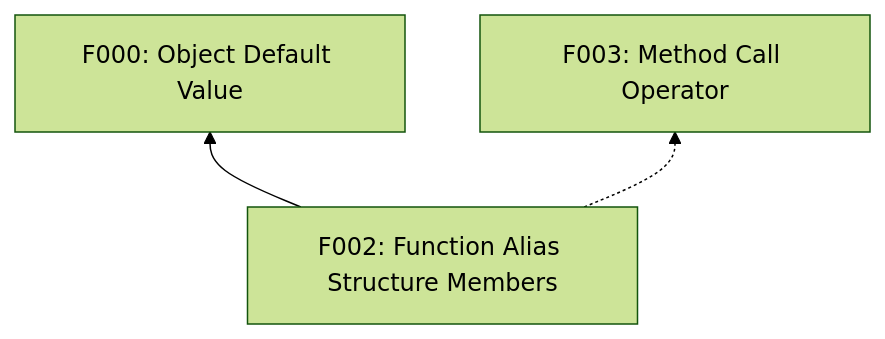
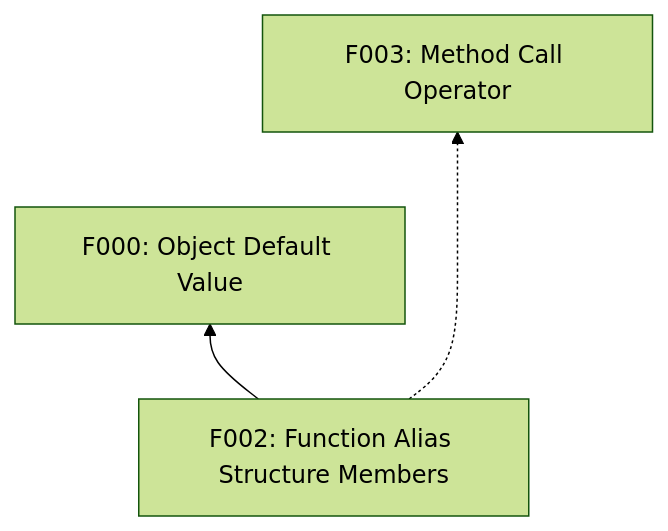
Before and after one commit to cx-prog-lang/.github: the diagram in features/switch_in_struct.md, drawn with Mermaid (forest theme).

````diff
--- a/features/switch_in_struct.md
+++ b/features/switch_in_struct.md
@@ -178,8 +178,8 @@
 ```mermaid
 graph BT;
   f002["F002: Function Alias Structure Members"]
   f000["F000: Object Default Value"]
   f003["F003: Method Call Operator"]
   f002 --> f000
-  f002 -.-> f003
+  f002 -..-> f003
 ```
````
